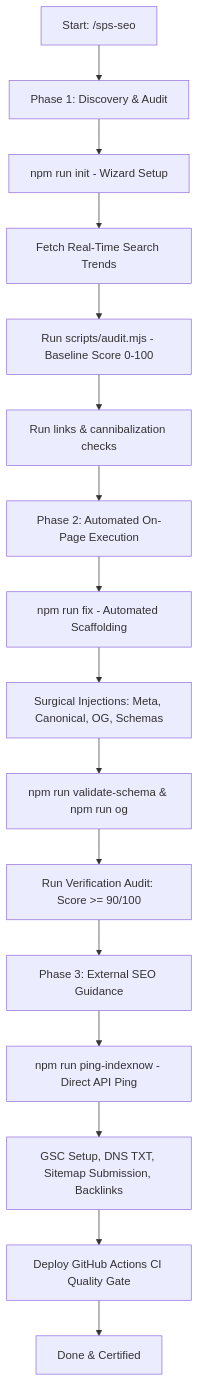
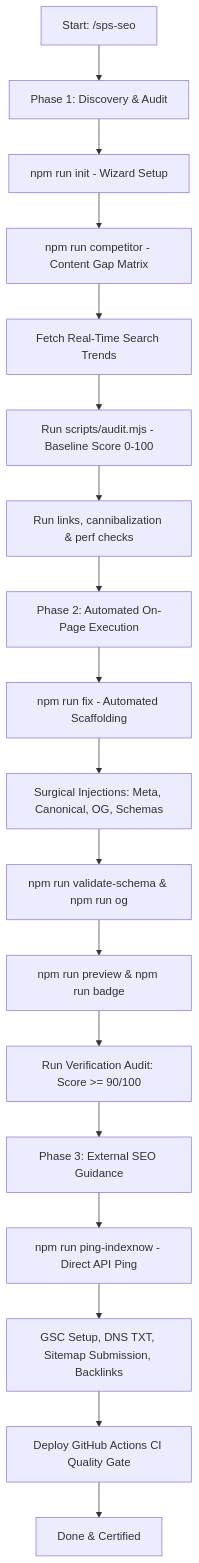
One commit to SHAHID8142/sps-seo changed the diagram in METHOD-CARD.md. Above: the diagram before and after it, drawn with Mermaid. The commit also changed other lines of this file and 10 other files, not shown here.

Commit message:
feat(sps-seo): add enterprise intelligence & performance suite - competitor intel, CWV asset budget scanner, SERP previewer, i18n validator, and live SVG score badges

````diff
--- a/METHOD-CARD.md
+++ b/METHOD-CARD.md
@@ -48,18 +53,20 @@
 ```mermaid
 flowchart TD
     A[Start: /sps-seo] --> B[Phase 1: Discovery & Audit]
     B --> C[npm run init - Wizard Setup]
-    C --> D[Fetch Real-Time Search Trends]
-    D --> E[Run scripts/audit.mjs - Baseline Score 0-100]
-    E --> F[Run links & cannibalization checks]
-    F --> G[Phase 2: Automated On-Page Execution]
-    G --> H[npm run fix - Automated Scaffolding]
-    H --> I[Surgical Injections: Meta, Canonical, OG, Schemas]
-    I --> J[npm run validate-schema & npm run og]
-    J --> K[Run Verification Audit: Score >= 90/100]
-    K --> L[Phase 3: External SEO Guidance]
-    L --> M[npm run ping-indexnow - Direct API Ping]
-    M --> N[GSC Setup, DNS TXT, Sitemap Submission, Backlinks]
-    N --> O[Deploy GitHub Actions CI Quality Gate]
-    O --> P[Done & Certified]
+    C --> D[npm run competitor - Content Gap Matrix]
+    D --> E[Fetch Real-Time Search Trends]
+    E --> F[Run scripts/audit.mjs - Baseline Score 0-100]
+    F --> G[Run links, cannibalization & perf checks]
+    G --> H[Phase 2: Automated On-Page Execution]
+    H --> I[npm run fix - Automated Scaffolding]
+    I --> J[Surgical Injections: Meta, Canonical, OG, Schemas]
+    J --> K[npm run validate-schema & npm run og]
+    K --> L[npm run preview & npm run badge]
+    L --> M[Run Verification Audit: Score >= 90/100]
+    M --> N[Phase 3: External SEO Guidance]
+    N --> O[npm run ping-indexnow - Direct API Ping]
+    O --> P[GSC Setup, DNS TXT, Sitemap Submission, Backlinks]
+    P --> Q[Deploy GitHub Actions CI Quality Gate]
+    Q --> R[Done & Certified]
 ```
````
